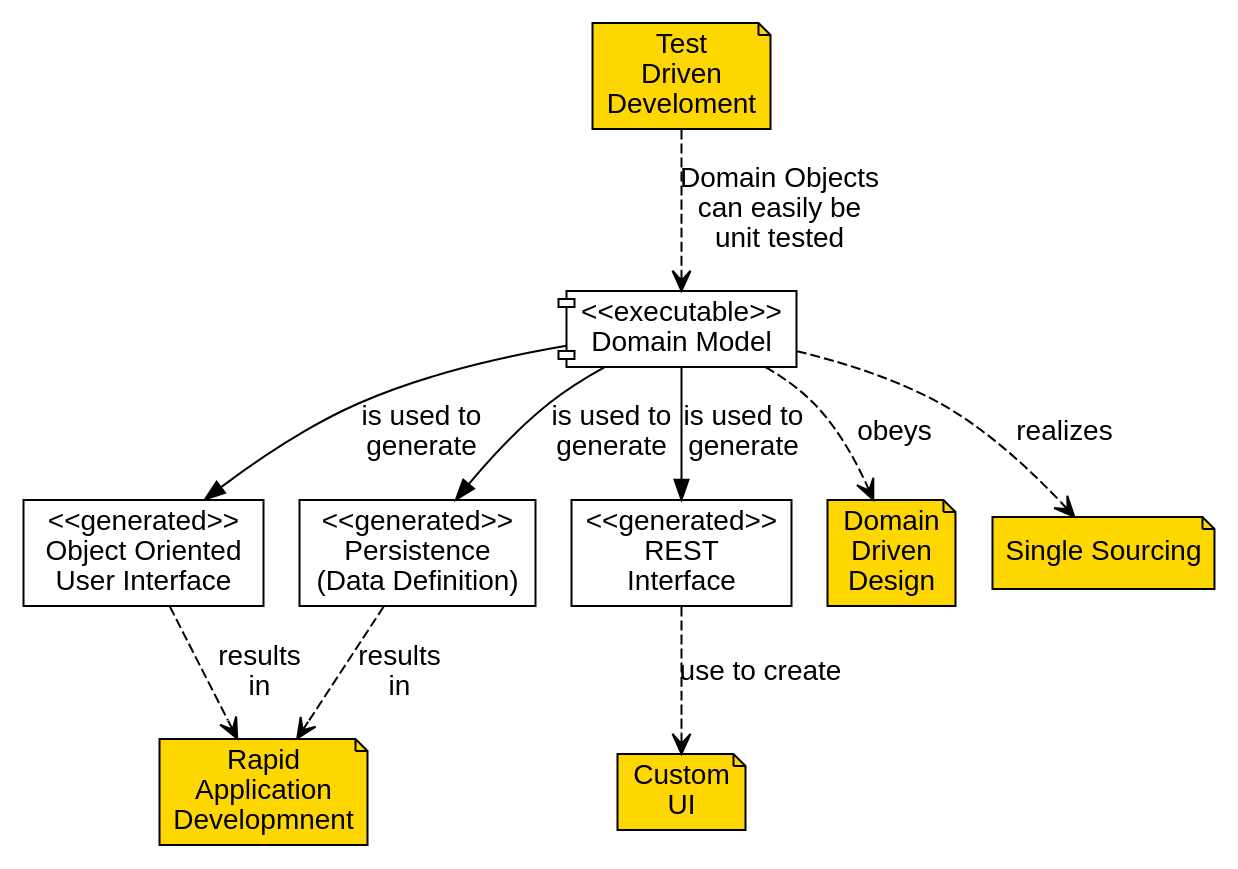
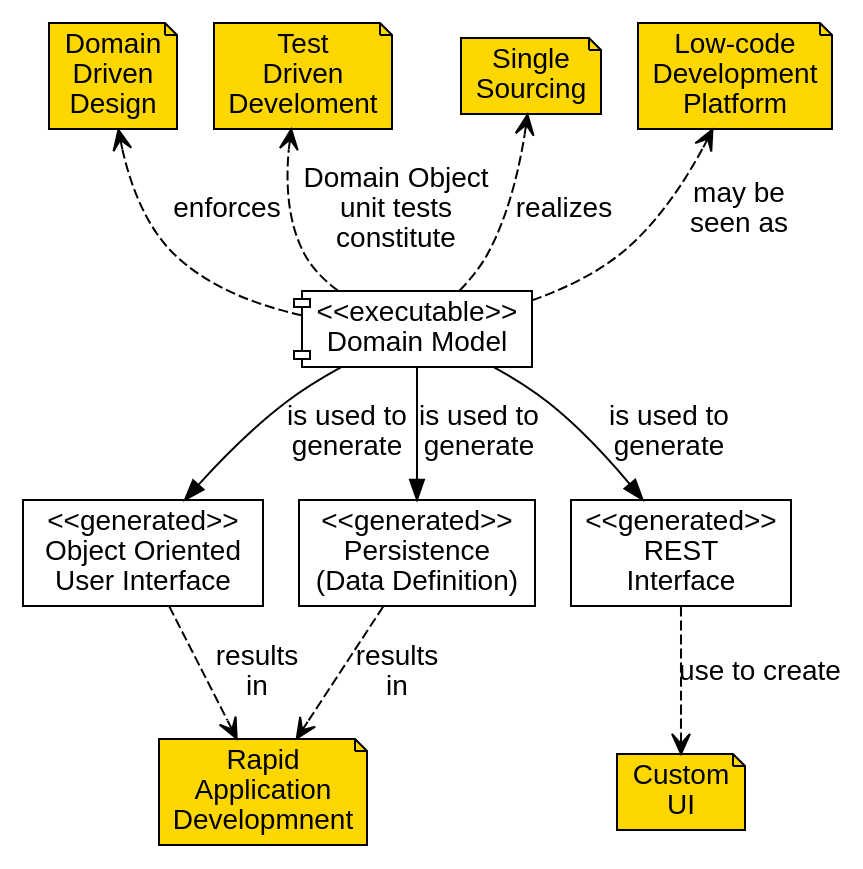
Before and after one commit to joerg-rade/dddsample-isis: the first of 4 diagrams in Naked-Objects.adoc, drawn with Graphviz. The commit also changed 4 other files, not shown here.

Commit message:
diagrams for presentation updated

```diff
--- a/Naked-Objects.adoc
+++ b/Naked-Objects.adoc
@@ -2,30 +2,34 @@
 [graphviz, Benefits, png]
 ----
 digraph g {
         node [fontname = Arial, shape = record]
         edge [fontname = Arial]     
 
         DOM [label = "\<\<executable\>\>\nDomain Model" shape=component ]
         OOUI [label="\<\<generated\>\>\n Object Oriented \n User Interface"]
         DD [label="\<\<generated\>\>\n Persistence \n (Data Definition)"]
         REST [label="\<\<generated\>\>\n REST \n Interface"]
-          
+        
         DOM -> OOUI [label="is used to \n generate"]
         DOM -> DD [label="is used to \n generate"]
         DOM -> REST [label="is used to \n generate"]
         
         node [shape=note fillcolor=gold style=filled]
         DDD [label="Domain\nDriven\nDesign" ]
         TDD [label="Test\nDriven\nDeveloment" ]
         RAD [label="Rapid\nApplication\nDevelopmnent"]
-        SS [label="Single Sourcing"]
+        SS [label="Single\nSourcing"]
+        LCDP [label="Low-code\nDevelopment\nPlatform"]
         CUI [label="Custom\n UI"]
 
         edge [arrowhead=vee style=dashed]
-        DOM -> DDD [label="obeys"]
+        DOM -> DDD [label="enforces"]
         OOUI, DD -> RAD [label="results\nin"]
-        TDD -> DOM [label="Domain Objects\ncan easily be\nunit tested"]
+        DOM -> TDD [label="Domain Object\nunit tests\nconstitute"]
         DOM -> SS [label="realizes"]
+        DOM -> LCDP [label="may be\nseen as"]
         REST -> CUI [label="use to create"]
+        
+        rank=min{DDD, TDD, SS, LCDP}
 }
 ----
```
